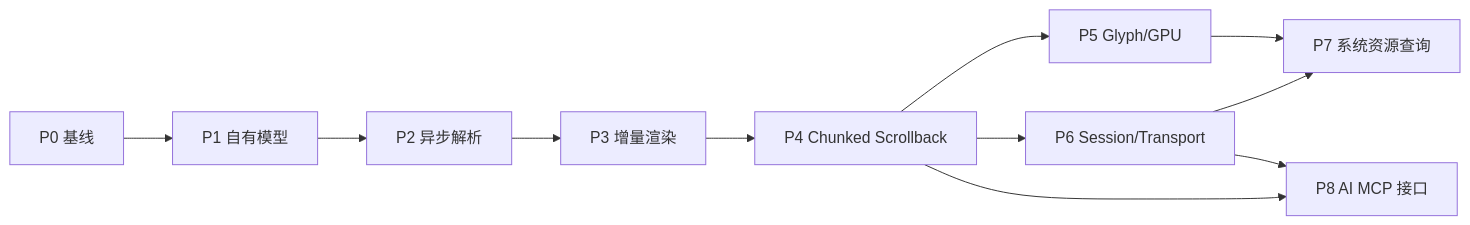
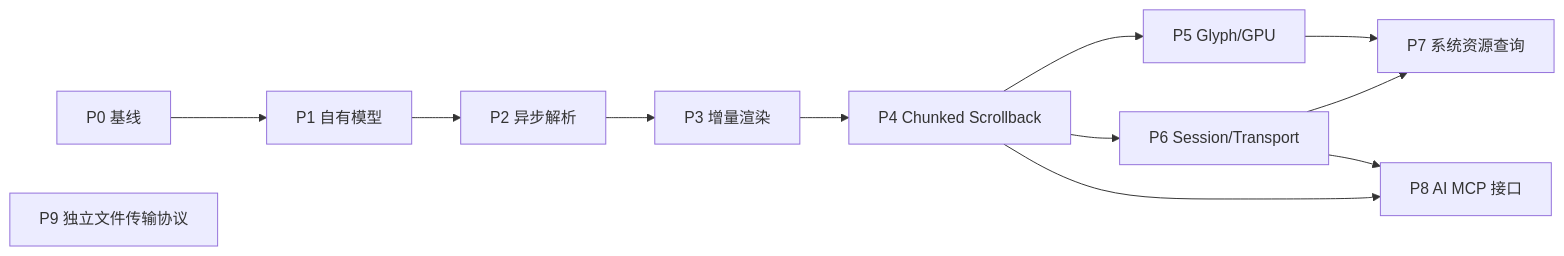
The diagram in docs/architecture/Development_Roadmap.md (han-shao-jun/NovaTerm), drawn with Mermaid before and after one commit. The commit also changed other lines of this file and 34 other files, not shown here.

````diff
--- a/docs/architecture/Development_Roadmap.md
+++ b/docs/architecture/Development_Roadmap.md
@@ -5,13 +5,14 @@
 ```mermaid
 flowchart LR
     P0[P0 基线] --> P1[P1 自有模型]
     P1 --> P2[P2 异步解析]
     P2 --> P3[P3 增量渲染]
     P3 --> P4[P4 Chunked Scrollback]
     P4 --> P5[P5 Glyph/GPU]
     P4 --> P6[P6 Session/Transport]
     P5 --> P7[P7 系统资源查询]
     P6 --> P7
     P4 --> P8[P8 AI MCP 接口]
     P6 --> P8
+    P9[P9 独立文件传输协议]
 ```
````
